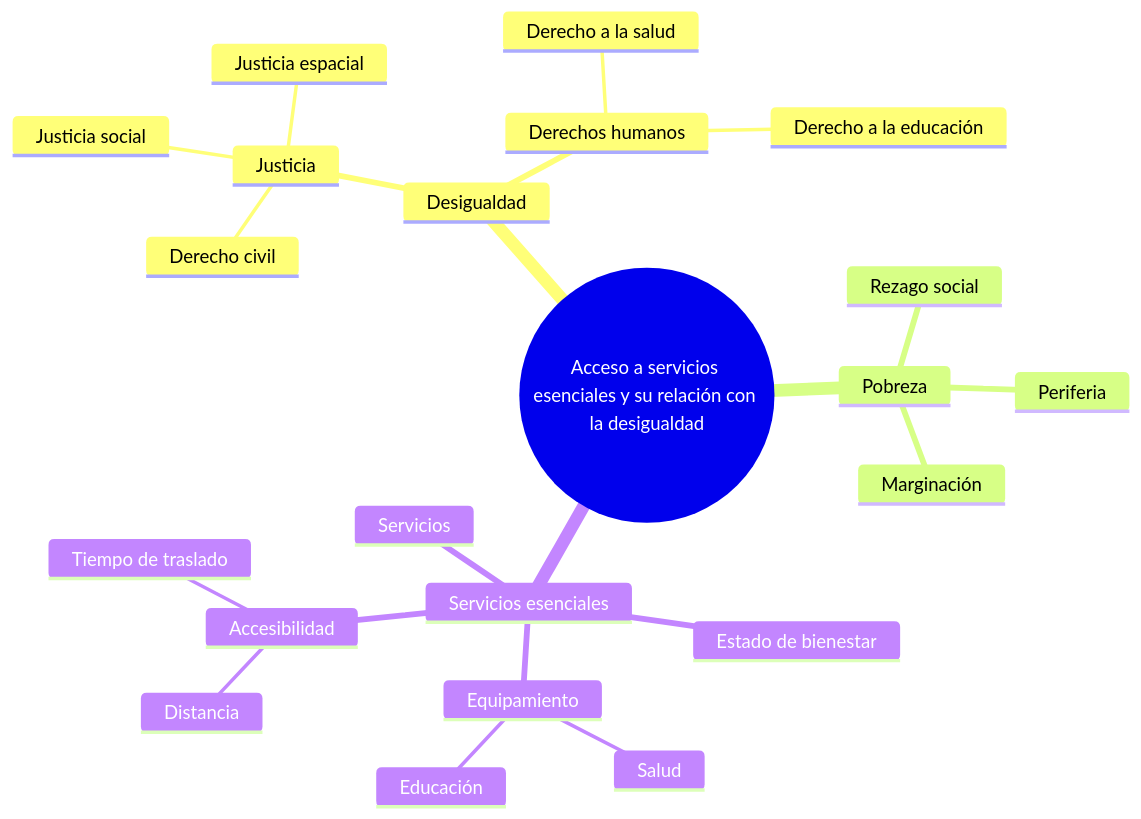
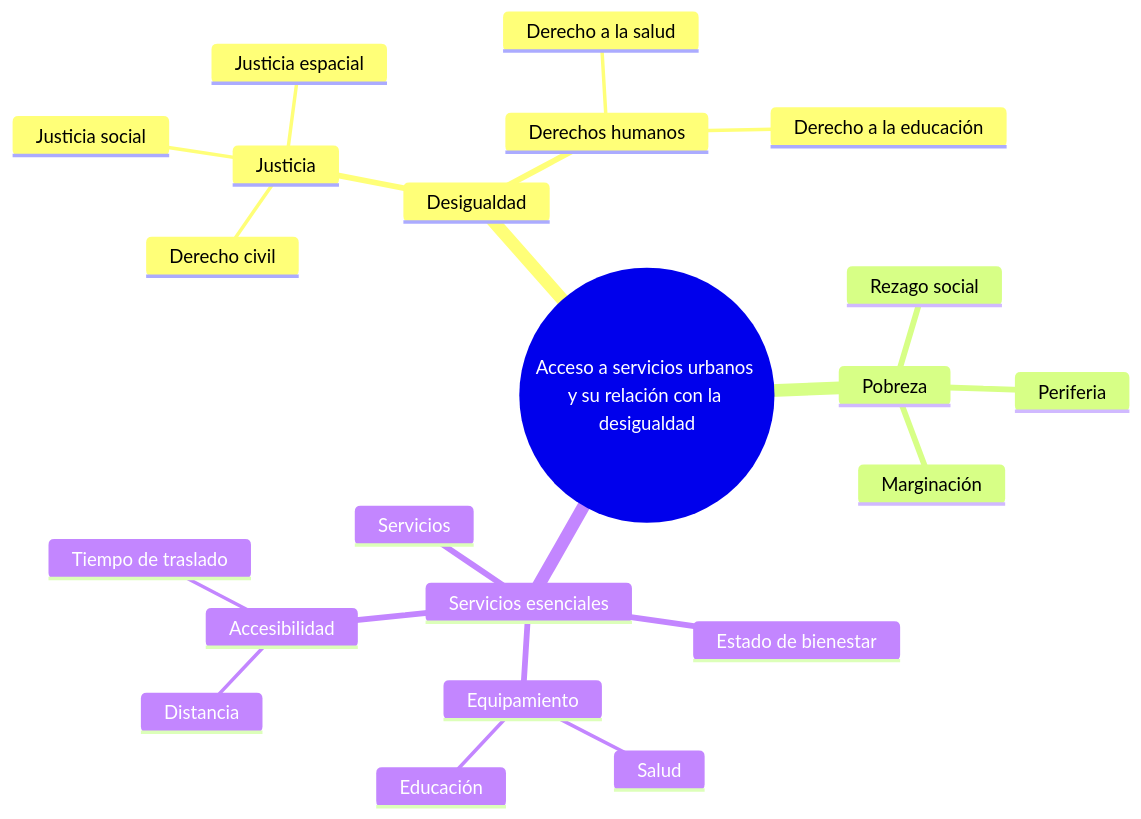
Before and after one commit to isarivg/esquema_marco_teorico: the diagram in principal.md, drawn with Mermaid.

````diff
--- a/principal.md
+++ b/principal.md
@@ -1,25 +1,25 @@
 ```mermaid
 mindmap
-  root((Acceso a servicios esenciales y su relación con la desigualdad))
+  root((Acceso a servicios urbanos y su relación con la desigualdad))
     Desigualdad
       Justicia
         Derecho civil
         Justicia social
         Justicia espacial
       Derechos humanos
         Derecho a la salud
         Derecho a la educación
     Pobreza
       Rezago social
       Periferia
       Marginación
     Servicios esenciales
       Equipamiento
         Salud
         Educación
       Servicios
       Estado de bienestar
       Accesibilidad
         Distancia
         Tiempo de traslado
 ```
````
